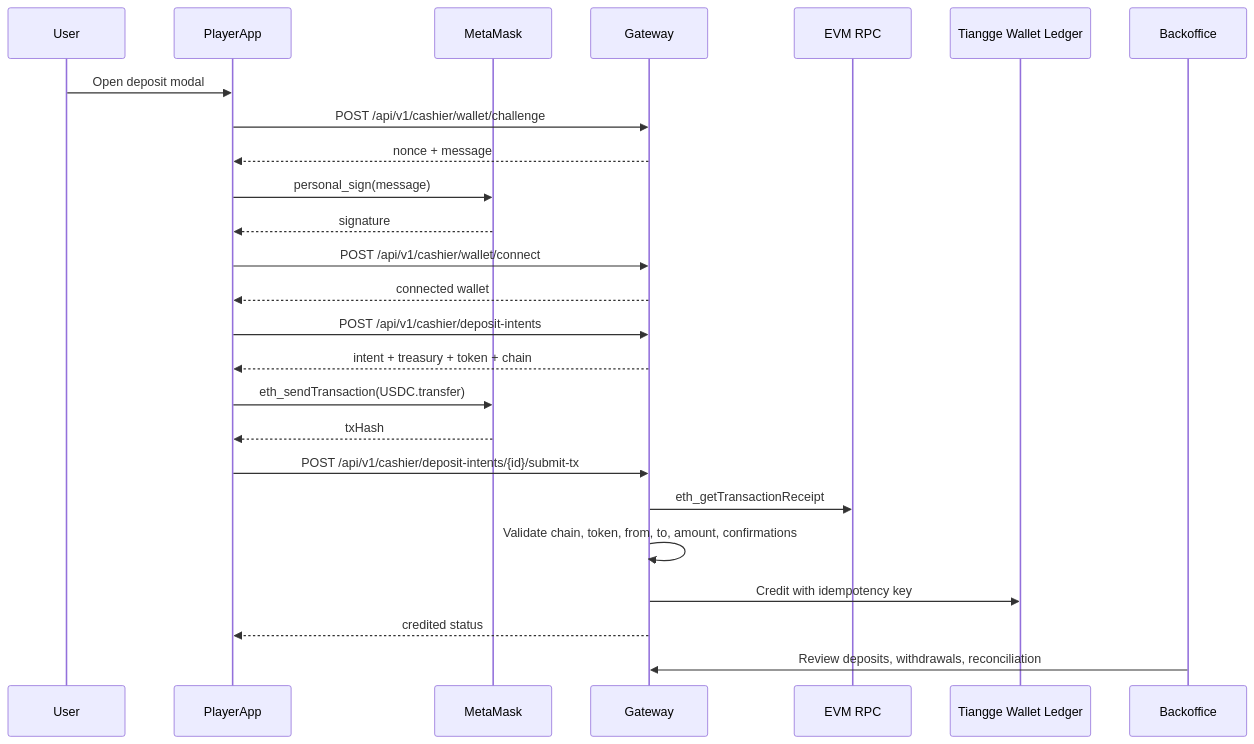
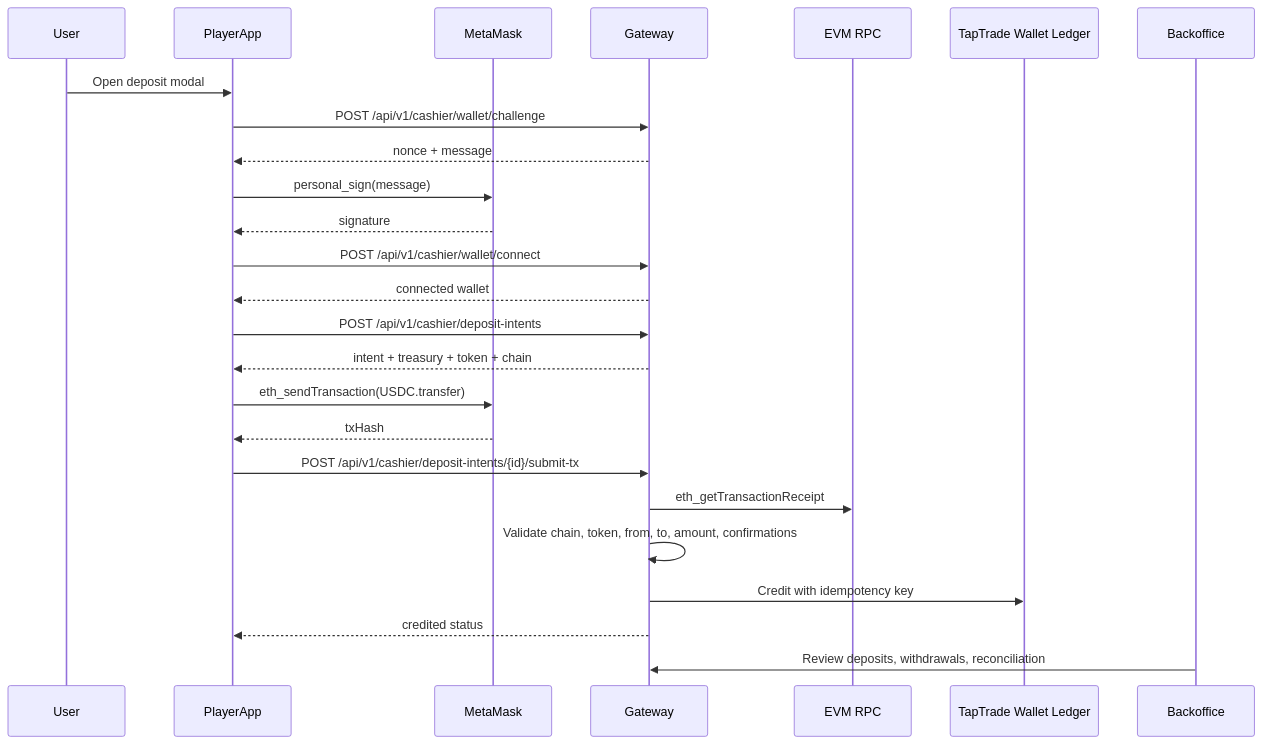
Before and after one commit to jbrackens/TAYA_NA: the diagram in docs/cashier/CUSTODIAL_USDC_ALPHA_PLAN.md, drawn with Mermaid. The commit also changed other lines of this file and 43 other files, not shown here.

````diff
--- a/docs/cashier/CUSTODIAL_USDC_ALPHA_PLAN.md
+++ b/docs/cashier/CUSTODIAL_USDC_ALPHA_PLAN.md
@@ -163,28 +163,28 @@
 ```mermaid
 sequenceDiagram
     participant User
     participant PlayerApp
     participant MetaMask
     participant Gateway
     participant EVMRPC as EVM RPC
-    participant WalletLedger as Tiangge Wallet Ledger
+    participant WalletLedger as TapTrade Wallet Ledger
     participant Backoffice
 
     User->>PlayerApp: Open deposit modal
     PlayerApp->>Gateway: POST /api/v1/cashier/wallet/challenge
     Gateway-->>PlayerApp: nonce + message
     PlayerApp->>MetaMask: personal_sign(message)
     MetaMask-->>PlayerApp: signature
     PlayerApp->>Gateway: POST /api/v1/cashier/wallet/connect
     Gateway-->>PlayerApp: connected wallet
     PlayerApp->>Gateway: POST /api/v1/cashier/deposit-intents
     Gateway-->>PlayerApp: intent + treasury + token + chain
     PlayerApp->>MetaMask: eth_sendTransaction(USDC.transfer)
     MetaMask-->>PlayerApp: txHash
     PlayerApp->>Gateway: POST /api/v1/cashier/deposit-intents/{id}/submit-tx
     Gateway->>EVMRPC: eth_getTransactionReceipt
     Gateway->>Gateway: Validate chain, token, from, to, amount, confirmations
     Gateway->>WalletLedger: Credit with idempotency key
     Gateway-->>PlayerApp: credited status
     Backoffice->>Gateway: Review deposits, withdrawals, reconciliation
 ```
````
